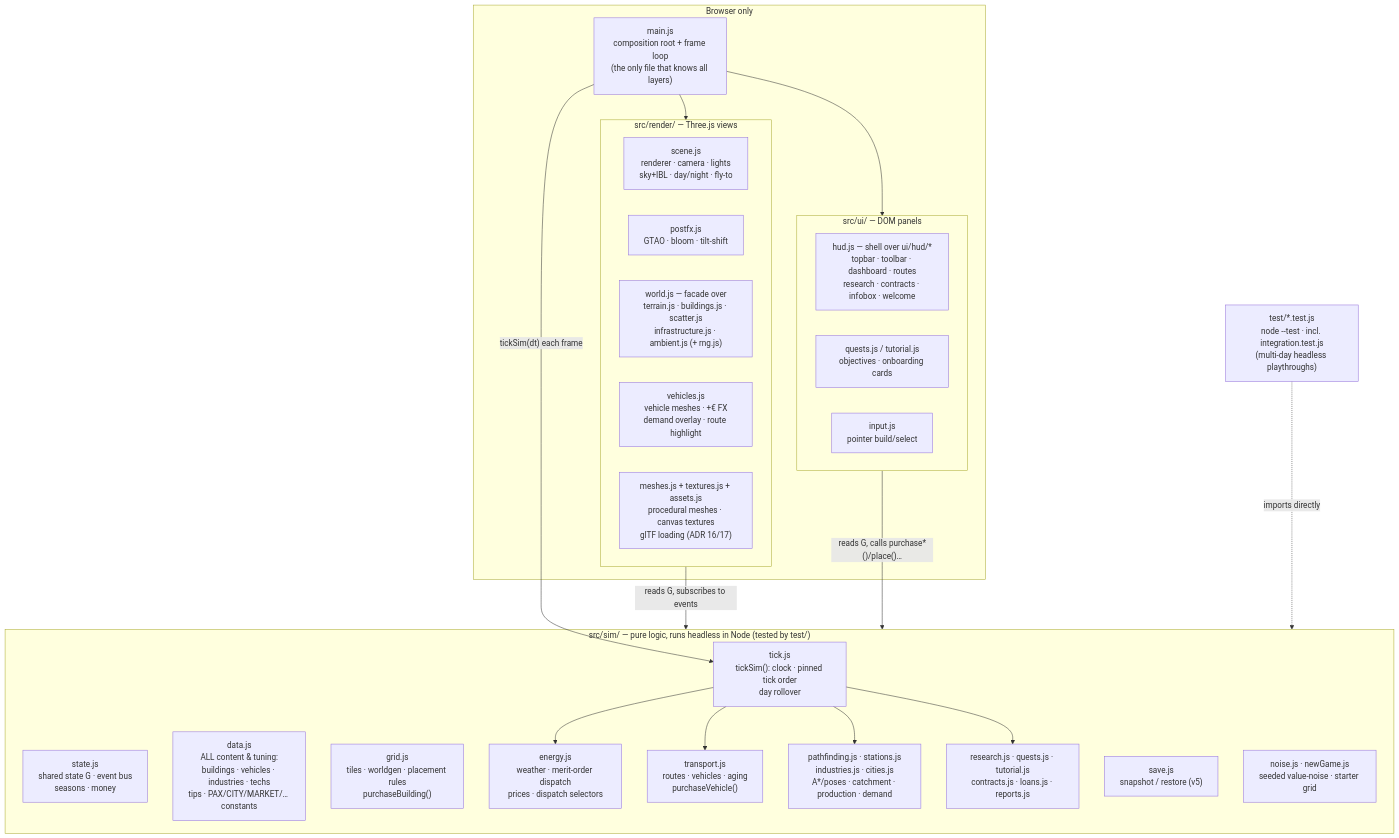
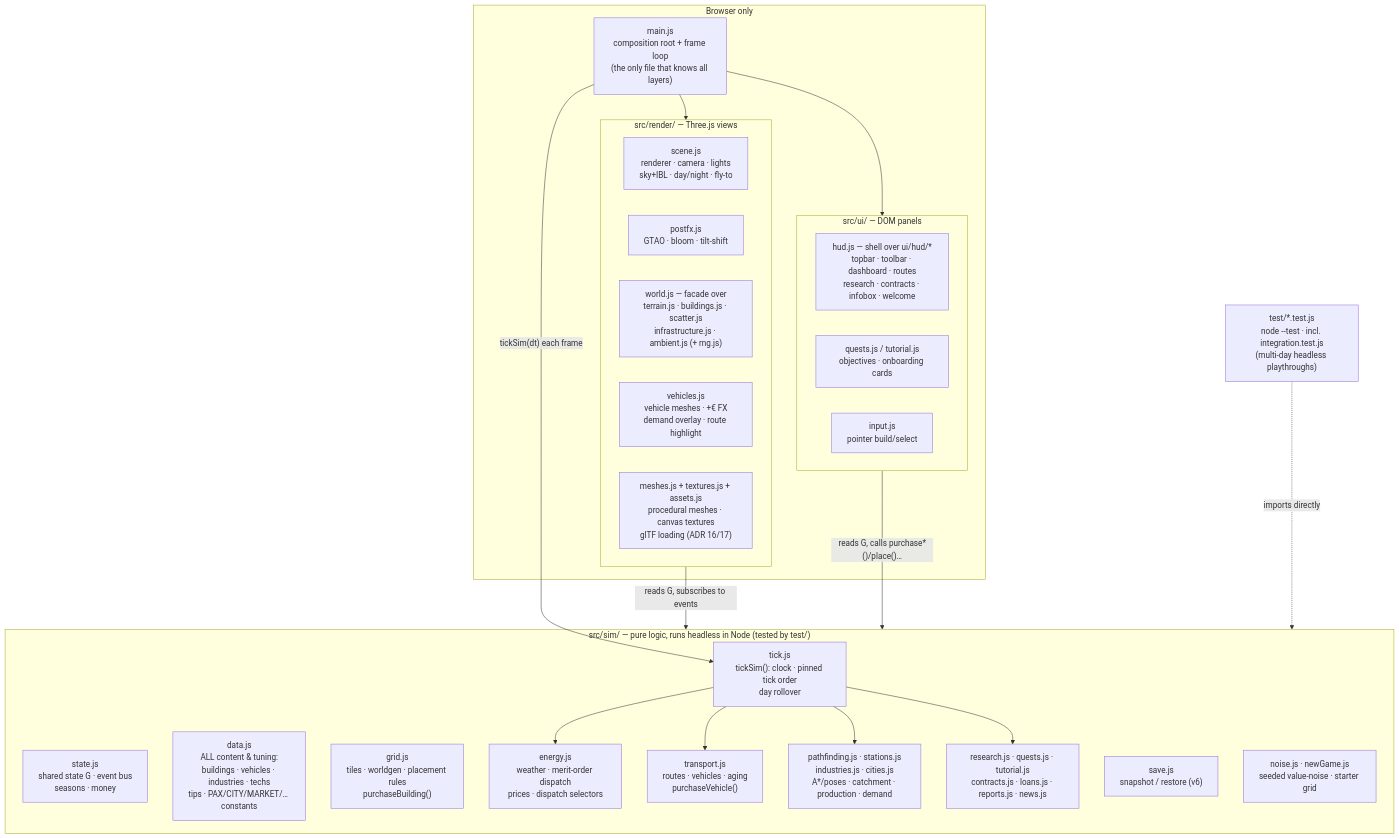
The diagram in docs/ARCHITECTURE.md (sttomm/transport-eco-tycoon), drawn with Mermaid before and after one commit. The commit also changed other lines of this file and 16 other files, not shown here.

First line of the commit message:
WP1: news feed & shared modal helper (save v6)

````diff
--- a/docs/ARCHITECTURE.md
+++ b/docs/ARCHITECTURE.md
@@ -14,37 +14,37 @@
 ```mermaid
 flowchart TB
     subgraph browser["Browser only"]
         MAIN["main.js\ncomposition root + frame loop\n(the only file that knows all layers)"]
         subgraph render["src/render/ — Three.js views"]
             SCENE["scene.js\nrenderer · camera · lights\nsky+IBL · day/night · fly-to"]
             POSTFX["postfx.js\nGTAO · bloom · tilt-shift"]
             RWORLD["world.js — facade over\nterrain.js · buildings.js · scatter.js\ninfrastructure.js · ambient.js (+ rng.js)"]
             RVEH["vehicles.js\nvehicle meshes · +€ FX\ndemand overlay · route highlight"]
             MESHES["meshes.js + textures.js + assets.js\nprocedural meshes · canvas textures\nglTF loading (ADR 16/17)"]
         end
         subgraph ui["src/ui/ — DOM panels"]
             HUD["hud.js — shell over ui/hud/*\ntopbar · toolbar · dashboard · routes\nresearch · contracts · infobox · welcome"]
             QPANEL["quests.js / tutorial.js\nobjectives · onboarding cards"]
             INPUT["input.js\npointer build/select"]
         end
     end
     subgraph sim["src/sim/ — pure logic, runs headless in Node (tested by test/)"]
         TICK["tick.js\ntickSim(): clock · pinned tick order\nday rollover"]
         STATE["state.js\nshared state G · event bus\nseasons · money"]
         DATA["data.js\nALL content & tuning:\nbuildings · vehicles · industries · techs\ntips · PAX/CITY/MARKET/… constants"]
         GRID["grid.js\ntiles · worldgen · placement rules\npurchaseBuilding()"]
         ENERGY["energy.js\nweather · merit-order dispatch\nprices · dispatch selectors"]
         TRANS["transport.js\nroutes · vehicles · aging\npurchaseVehicle()"]
         TDOM["pathfinding.js · stations.js\nindustries.js · cities.js\nA*/poses · catchment · production · demand"]
-        MISC["research.js · quests.js · tutorial.js\ncontracts.js · loans.js · reports.js"]
-        SAVE["save.js\nsnapshot / restore (v5)"]
+        MISC["research.js · quests.js · tutorial.js\ncontracts.js · loans.js · reports.js · news.js"]
+        SAVE["save.js\nsnapshot / restore (v6)"]
         NOISE["noise.js · newGame.js\nseeded value-noise · starter grid"]
     end
     MAIN -->|"tickSim(dt) each frame"| TICK
     TICK --> ENERGY & TRANS & TDOM & MISC
     MAIN --> render
     MAIN --> ui
     render -->|"reads G, subscribes to events"| sim
     ui -->|"reads G, calls purchase*()/place()…"| sim
     TESTS["test/*.test.js\nnode --test · incl. integration.test.js\n(multi-day headless playthroughs)"] -.->|"imports directly"| sim
 ```
````
